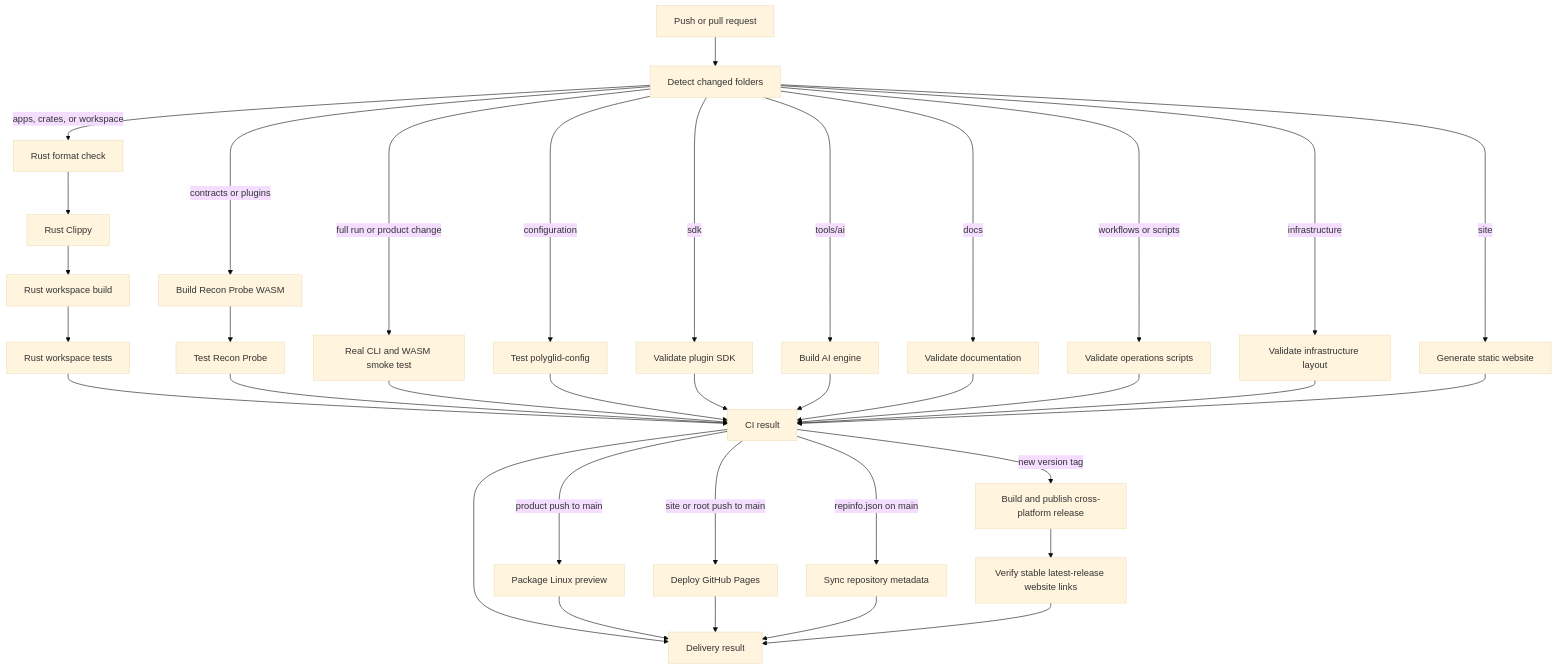
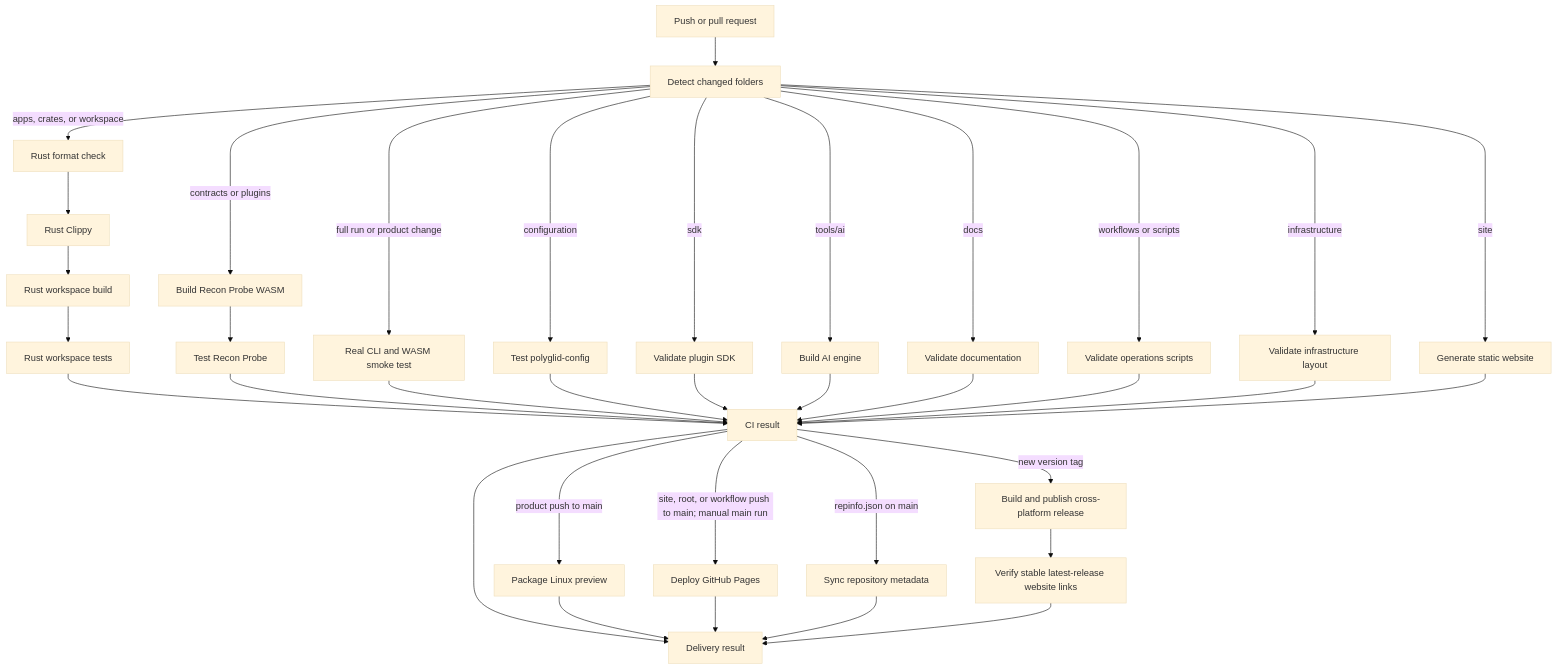
One commit to anonto42/poly.glid_security_workspace changed the third of 4 diagrams in docs/architecture/PROJECT_FLOW.md. Above: the diagram before and after it, drawn with Mermaid (base theme). The commit also changed 2 other files, not shown here.

Commit message:
fix(ci): make Pages deployment recoverable

````diff
--- a/docs/architecture/PROJECT_FLOW.md
+++ b/docs/architecture/PROJECT_FLOW.md
@@ -66,44 +66,44 @@
 ```mermaid
 flowchart TD
     Push[Push or pull request] --> Detect[Detect changed folders]
 
     Detect -->|apps, crates, or workspace| Format[Rust format check]
     Format --> Clippy[Rust Clippy]
     Clippy --> Build[Rust workspace build]
     Build --> Tests[Rust workspace tests]
 
     Detect -->|contracts or plugins| WasmBuild[Build Recon Probe WASM]
     WasmBuild --> WasmTest[Test Recon Probe]
 
     Detect -->|configuration| Config[Test polyglid-config]
     Detect -->|sdk| SDK[Validate plugin SDK]
     Detect -->|tools/ai| AI[Build AI engine]
     Detect -->|docs| Docs[Validate documentation]
     Detect -->|workflows or scripts| Ops[Validate operations scripts]
     Detect -->|infrastructure| Infra[Validate infrastructure layout]
 
     Detect -->|site| SiteBuild[Generate static website]
     Detect -->|full run or product change| Smoke[Real CLI and WASM smoke test]
 
     Tests --> Result[CI result]
     WasmTest --> Result
     Smoke --> Result
     Config --> Result
     SDK --> Result
     AI --> Result
     Docs --> Result
     Ops --> Result
     Infra --> Result
     SiteBuild --> Result
 
     Result --> DeliveryResult[Delivery result]
     Result -->|product push to main| Preview[Package Linux preview]
-    Result -->|site or root push to main| Pages[Deploy GitHub Pages]
+    Result -->|site, root, or workflow push to main; manual main run| Pages[Deploy GitHub Pages]
     Result -->|repinfo.json on main| Metadata[Sync repository metadata]
     Result -->|new version tag| Release[Build and publish cross-platform release]
     Release --> Latest[Verify stable latest-release website links]
     Preview --> DeliveryResult
     Pages --> DeliveryResult
     Metadata --> DeliveryResult
     Latest --> DeliveryResult
 ```
````
